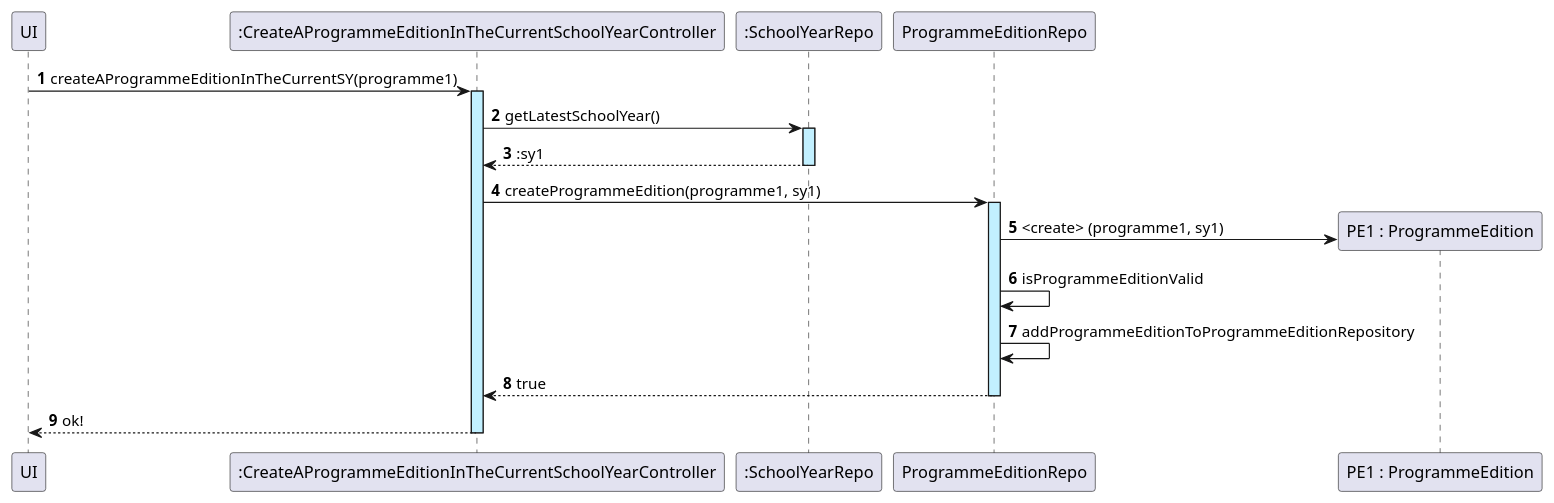
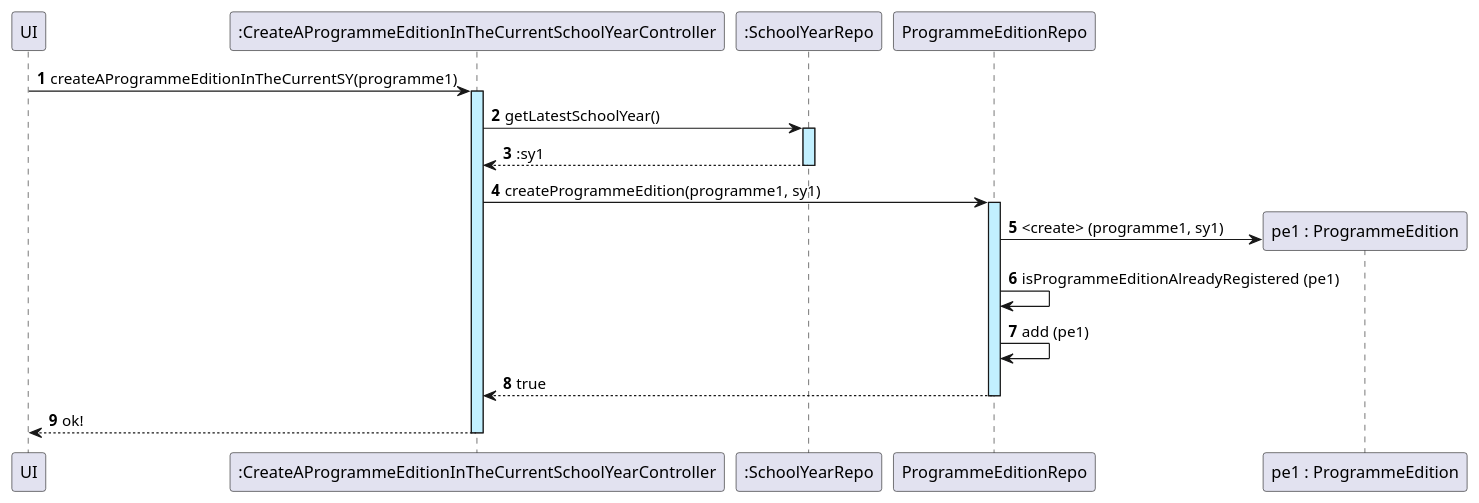
The diagram in docs/sequenceSystemDiagrams/US18/US18_CreateAProgrammeEditionForTheCurrentSchoolYear.puml (GasparISEP/DevOps-PAI), drawn with PlantUML before and after one commit. The commit also changed 3 other files, not shown here.

Commit message:
Updated US18, CreatedProgrammeEditionRepository,with method createProgrammeEdition + tests.

```diff
--- a/docs/sequenceSystemDiagrams/US18/US18_CreateAProgrammeEditionForTheCurrentSchoolYear.puml
+++ b/docs/sequenceSystemDiagrams/US18/US18_CreateAProgrammeEditionForTheCurrentSchoolYear.puml
@@ -1,27 +1,27 @@
 @startuml
 
 autonumber
 
 participant "UI"
 participant ":CreateAProgrammeEditionInTheCurrentSchoolYearController" as CPEC
 participant ":SchoolYearRepo" as SYR
 'participant ":SchoolYear"
 'participant "ProgrammeList"
 participant "ProgrammeEditionRepo" as PER
 'participant "ProgrammeEdition"
 
 
 UI -> CPEC ++ #application : createAProgrammeEditionInTheCurrentSY(programme1)
 CPEC -> SYR ++ #application : getLatestSchoolYear()
 SYR --> CPEC ::sy1
 SYR --
 CPEC -> PER ++ #application : createProgrammeEdition(programme1, sy1)
-create "PE1 : ProgrammeEdition" as PE
+create "pe1 : ProgrammeEdition" as PE
 PER -> PE : <create> (programme1, sy1)
-PER -> PER : isProgrammeEditionValid
-PER -> PER : addProgrammeEditionToProgrammeEditionRepository
+PER -> PER : isProgrammeEditionAlreadyRegistered (pe1)
+PER -> PER : add (pe1)
 PER --> CPEC : true
 PER --
 CPEC --> UI : ok!
 CPEC --
 @enduml
```
